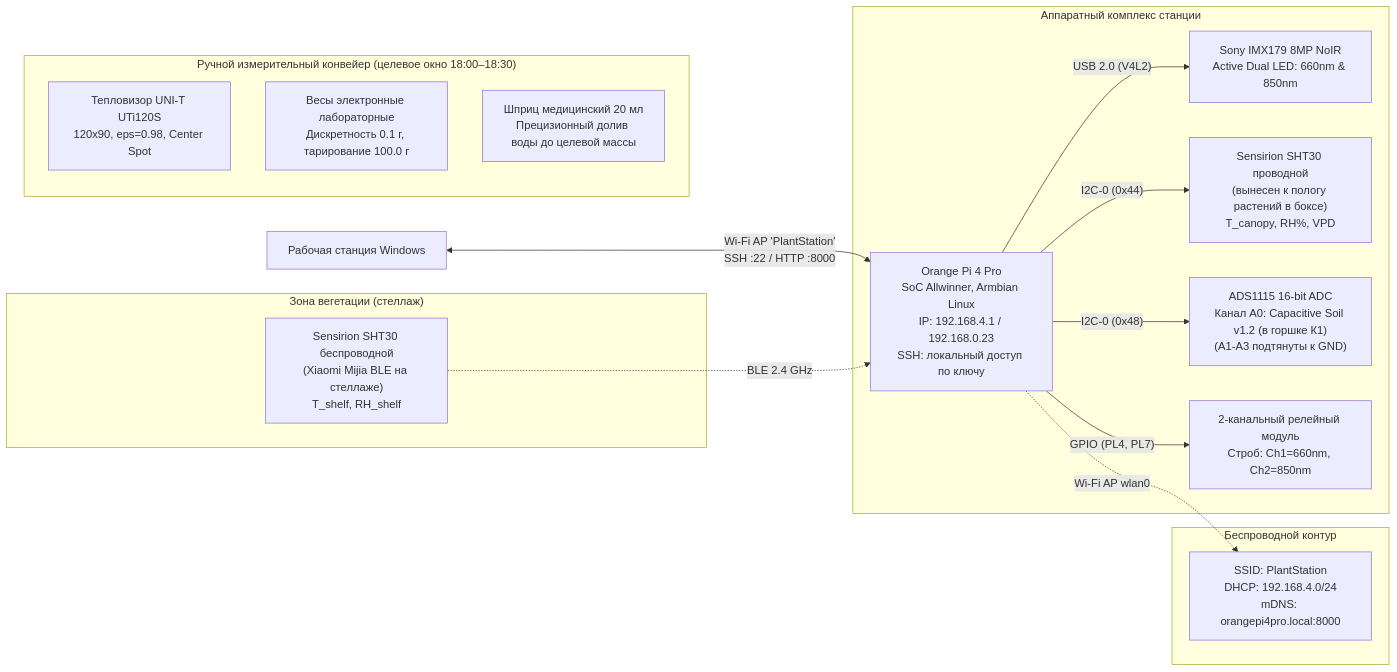
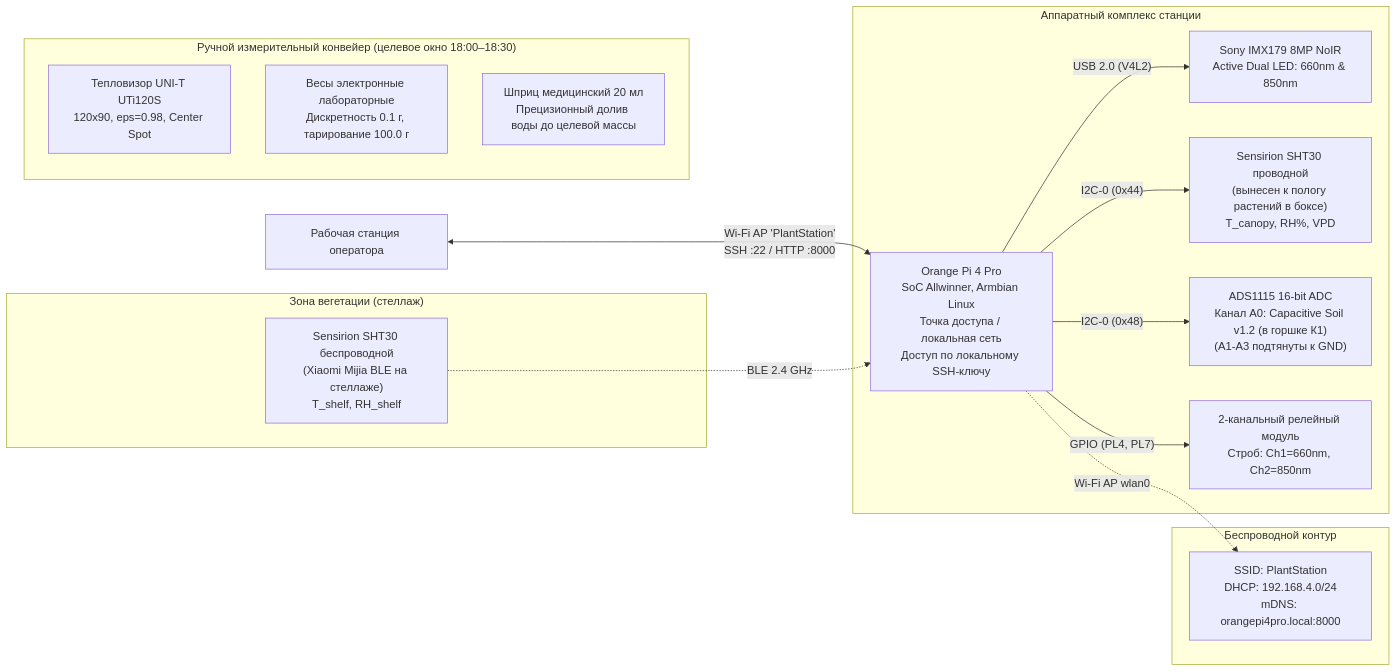
Before and after one commit to ezicvtumane/plant-stress-ndvi: the diagram in docs/wave2/HANDOFF_WAVE2.md, drawn with Mermaid. The commit also changed other lines of this file and 7 other files, not shown here.

````diff
--- a/docs/wave2/HANDOFF_WAVE2.md
+++ b/docs/wave2/HANDOFF_WAVE2.md
@@ -48,25 +48,25 @@
 ```mermaid
 flowchart LR
-    PC["Рабочая станция Windows"] <-->|"Wi-Fi AP 'PlantStation'<br>SSH :22 / HTTP :8000"| OPi["Orange Pi 4 Pro<br>SoC Allwinner, Armbian Linux<br>IP: 192.168.4.1 / 192.168.0.23<br>SSH: локальный доступ по ключу"]
+    PC["Рабочая станция оператора"] <-->|"Wi-Fi AP 'PlantStation'<br>SSH :22 / HTTP :8000"| OPi["Orange Pi 4 Pro<br>SoC Allwinner, Armbian Linux<br>Точка доступа / локальная сеть<br>Доступ по локальному SSH-ключу"]
     
     subgraph OPi_Peripherals["Аппаратный комплекс станции"]
         OPi -->|"USB 2.0 (V4L2)"| CAM["Sony IMX179 8MP NoIR<br>Active Dual LED: 660nm & 850nm"]
         OPi -->|"I2C-0 (0x44)"| SHT_CANOPY["Sensirion SHT30 проводной<br>(вынесен к пологу растений в боксе)<br>T_canopy, RH%, VPD"]
         OPi -->|"I2C-0 (0x48)"| ADC["ADS1115 16-bit ADC<br>Канал A0: Capacitive Soil v1.2 (в горшке К1)<br>(A1-A3 подтянуты к GND)"]
         OPi -->|"GPIO (PL4, PL7)"| RELAY["2-канальный релейный модуль<br>Строб: Ch1=660nm, Ch2=850nm"]
     end
 
     subgraph Shelf_Zone["Зона вегетации (стеллаж)"]
         SHT_SHELF["Sensirion SHT30 беспроводной<br>(Xiaomi Mijia BLE на стеллаже)<br>T_shelf, RH_shelf"] -.->|"BLE 2.4 GHz"| OPi
     end
 
     subgraph Mobile_AP["Беспроводной контур"]
         OPi -.->|"Wi-Fi AP wlan0"| AP["SSID: PlantStation<br>DHCP: 192.168.4.0/24<br>mDNS: orangepi4pro.local:8000"]
     end
 
     subgraph Operator_Hardware["Ручной измерительный конвейер (целевое окно 18:00–18:30)"]
         LWIR["Тепловизор UNI-T UTi120S<br>120x90, eps=0.98, Center Spot"]
         SCALE["Весы электронные лабораторные<br>Дискретность 0.1 г, тарирование 100.0 г"]
         SYRINGE["Шприц медицинский 20 мл<br>Прецизионный долив воды до целевой массы"]
     end
 ```
````
